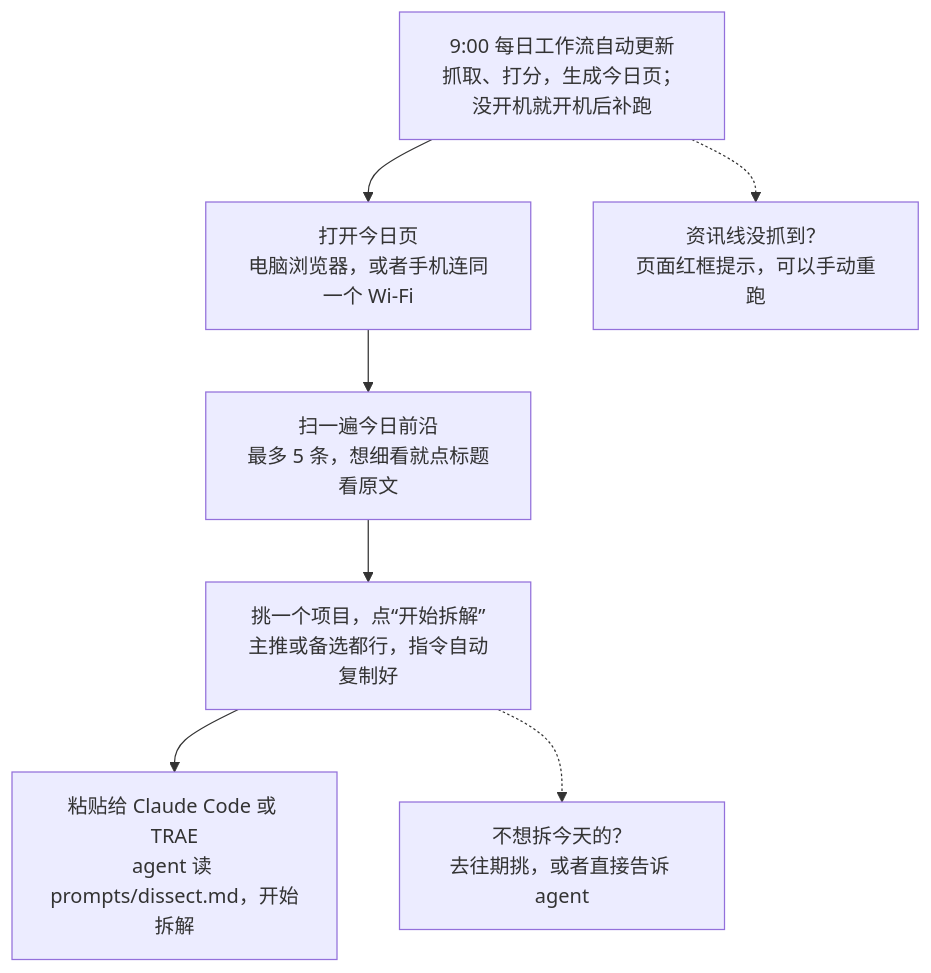
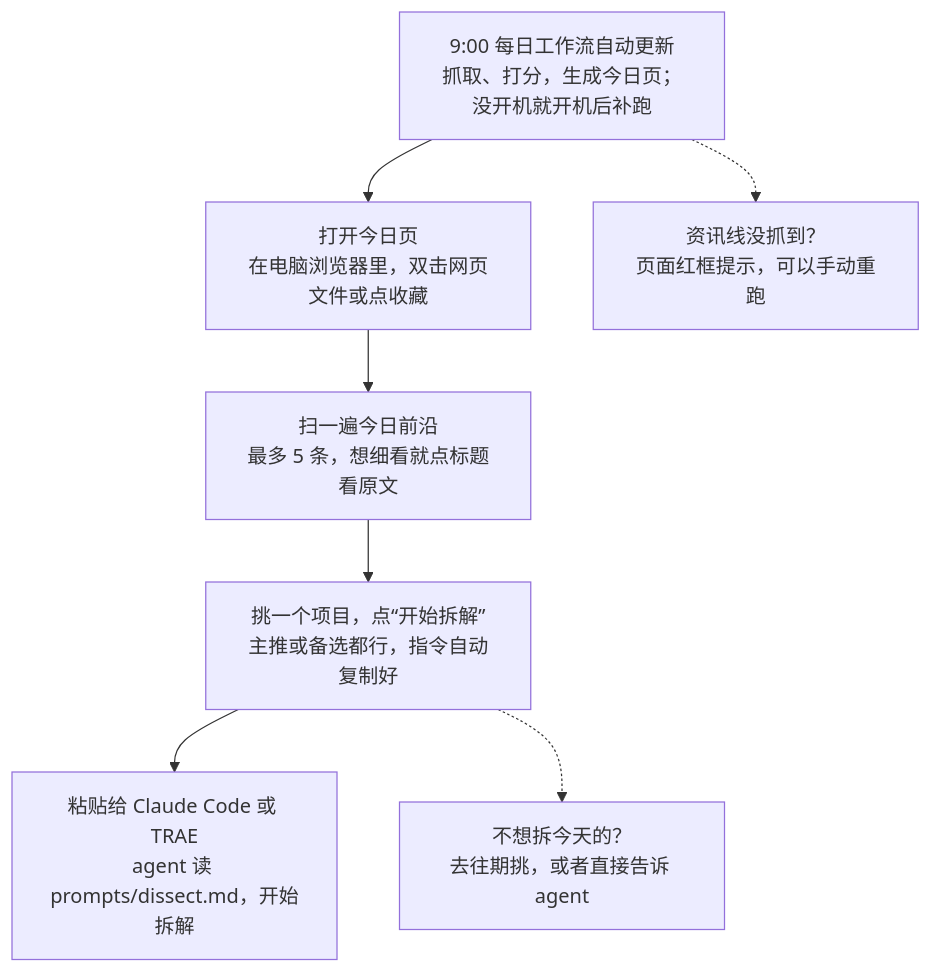
The first of 2 diagrams in docs/PRD.md (lhj37425-cloud/zixun), drawn with Mermaid before and after one commit. The commit also changed other lines of this file and 7 other files, not shown here.

````diff
--- a/docs/PRD.md
+++ b/docs/PRD.md
@@ -40,9 +40,9 @@
 ```mermaid
 flowchart TD
-    A["9:00 每日工作流自动更新<br/>抓取、打分，生成今日页；没开机就开机后补跑"] --> B["打开今日页<br/>电脑浏览器，或者手机连同一个 Wi-Fi"]
+    A["9:00 每日工作流自动更新<br/>抓取、打分，生成今日页；没开机就开机后补跑"] --> B["打开今日页<br/>在电脑浏览器里，双击网页文件或点收藏"]
     B --> C["扫一遍今日前沿<br/>最多 5 条，想细看就点标题看原文"]
     C --> D["挑一个项目，点“开始拆解”<br/>主推或备选都行，指令自动复制好"]
     D --> E["粘贴给 Claude Code 或 TRAE<br/>agent 读 prompts/dissect.md，开始拆解"]
     A -.-> X["资讯线没抓到？<br/>页面红框提示，可以手动重跑"]
     D -.-> Y["不想拆今天的？<br/>去往期挑，或者直接告诉 agent"]
 ```
````
